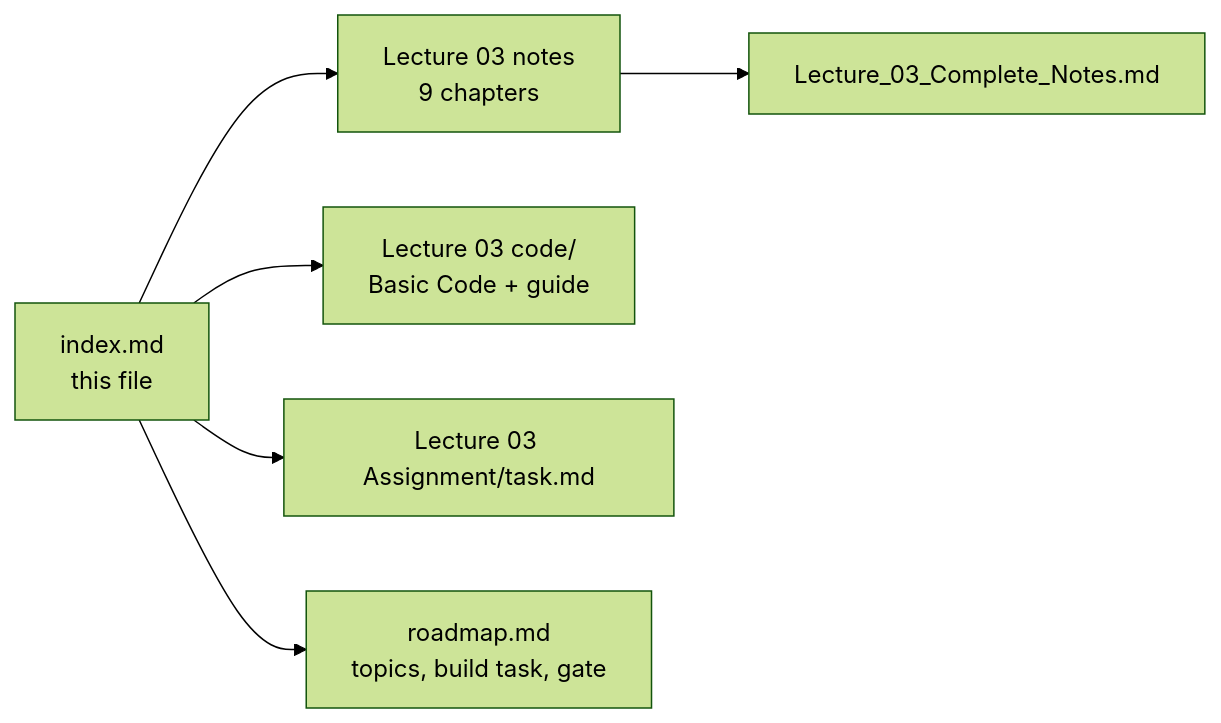
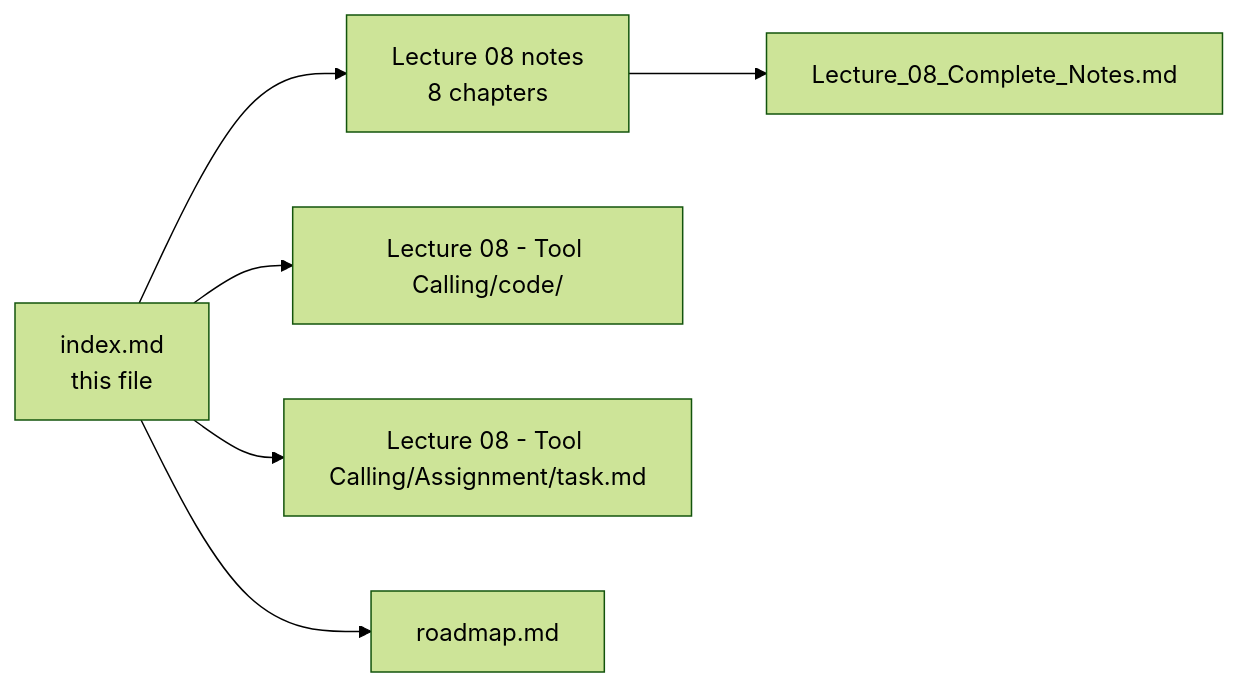
The eighth of 24 diagrams in index.md (Amie-dev/FDE-and-GenAI-Mastery), drawn with Mermaid (forest theme) before and after one commit. The commit also changed other lines of this file, not shown here.

Commit message:
Implement code changes to enhance functionality and improve performance

````diff
--- a/index.md
+++ b/index.md
@@ -311,8 +360,8 @@
 ```mermaid
 flowchart LR
-    IDX["index.md<br/>this file"] --> L3["Lecture 03 notes<br/>9 chapters"]
-    L3 --> CN["Lecture_03_Complete_Notes.md"]
-    IDX --> CODE["Lecture 03 code/<br/>Basic Code + guide"]
-    IDX --> ASG["Lecture 03 Assignment/task.md"]
-    IDX --> RM["roadmap.md<br/>topics, build task, gate"]
+    IDX["index.md<br/>this file"] --> L08["Lecture 08 notes<br/>8 chapters"]
+    L08 --> CN["Lecture_08_Complete_Notes.md"]
+    IDX --> CODE["Lecture 08 - Tool Calling/code/"]
+    IDX --> ASG["Lecture 08 - Tool Calling/Assignment/task.md"]
+    IDX --> RM["roadmap.md"]
 ```
````
